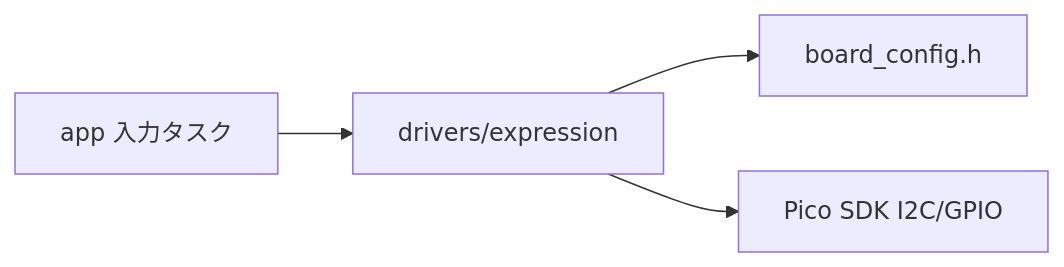
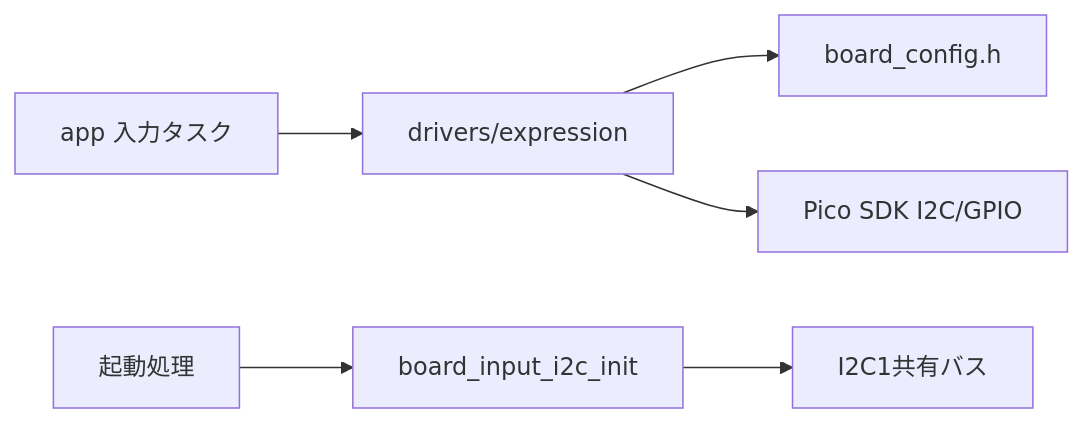
The first of 2 diagrams in docs/designs/expression-driver.md (starkensan/usb_midi_pedal), drawn with Mermaid before and after one commit. The commit also changed other lines of this file and 7 other files, not shown here.

````diff
--- a/docs/designs/expression-driver.md
+++ b/docs/designs/expression-driver.md
@@ -16,6 +16,8 @@
 ```mermaid
 flowchart LR
     app[app 入力タスク] --> driver[drivers/expression]
     driver --> board[board_config.h]
+    startup[起動処理] --> boardinit[board_input_i2c_init]
+    boardinit --> bus[I2C1共有バス]
     driver --> pico[Pico SDK I2C/GPIO]
 ```
````
